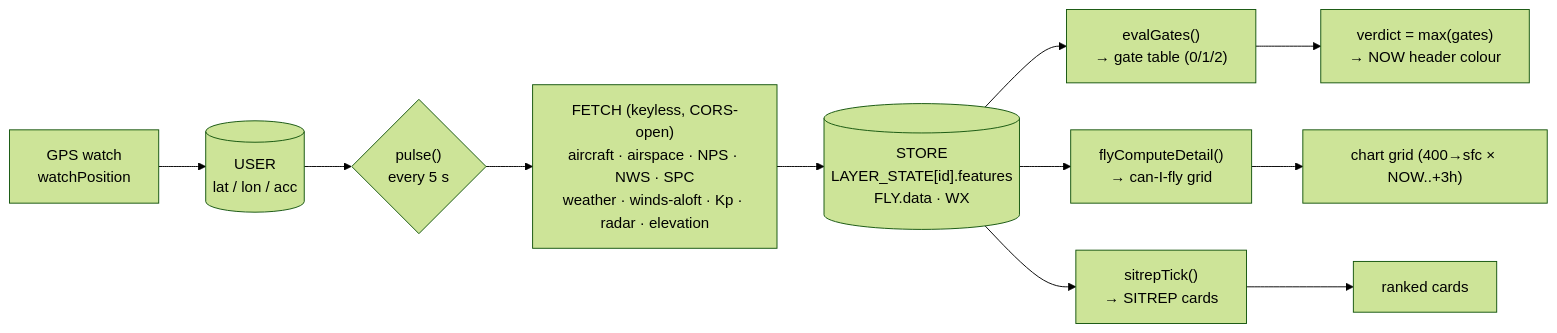
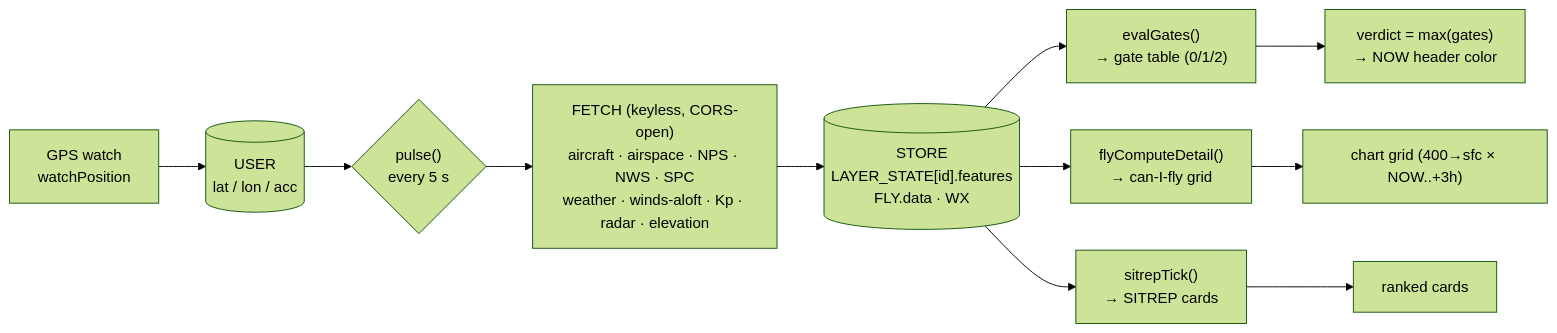
One commit to robertjohnhanna/seehear changed the diagram in README.md. Above: the diagram before and after it, drawn with Mermaid (forest theme). The commit also changed other lines of this file and 1 other file, not shown here.

First line of the commit message:
Rename range rings: operational / buffer / data; colour→color in README

````diff
--- a/README.md
+++ b/README.md
@@ -13,13 +13,13 @@
 ```mermaid
 flowchart LR
   GPS["GPS watch<br/>watchPosition"] --> USER[("USER<br/>lat / lon / acc")]
   USER --> PULSE{"pulse()<br/>every 5 s"}
   PULSE --> FEEDS["FETCH (keyless, CORS-open)<br/>aircraft · airspace · NPS · NWS · SPC<br/>weather · winds-aloft · Kp · radar · elevation"]
   FEEDS --> STORE[("STORE<br/>LAYER_STATE[id].features<br/>FLY.data · WX")]
   STORE --> GATES["evalGates()<br/>→ gate table (0/1/2)"]
   STORE --> CHART["flyComputeDetail()<br/>→ can-I-fly grid"]
   STORE --> SITREP["sitrepTick()<br/>→ SITREP cards"]
-  GATES --> NOW["verdict = max(gates)<br/>→ NOW header colour"]
+  GATES --> NOW["verdict = max(gates)<br/>→ NOW header color"]
   CHART --> BOARD["chart grid (400→sfc × NOW..+3h)"]
   SITREP --> CARDS["ranked cards"]
 ```
````
